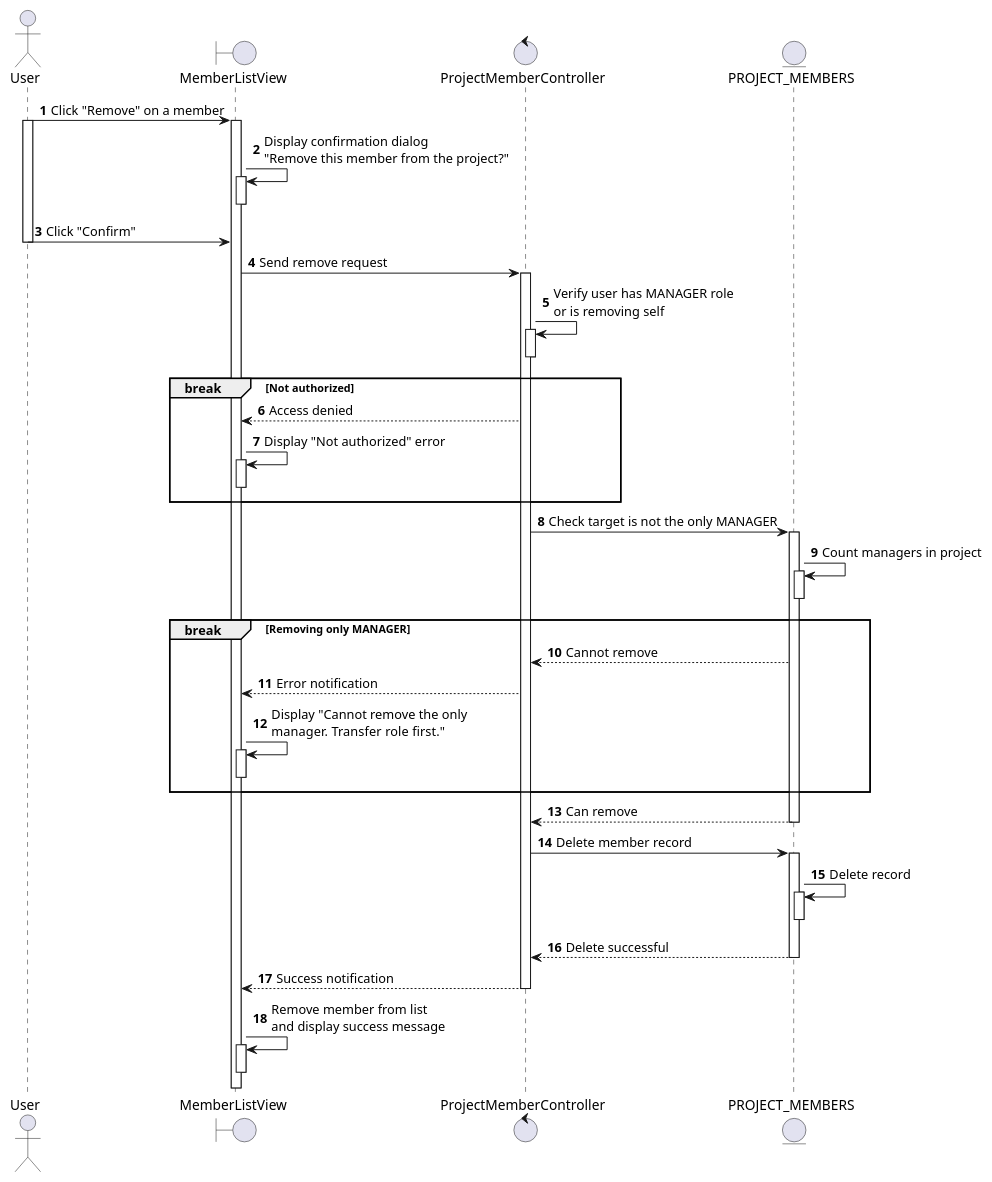
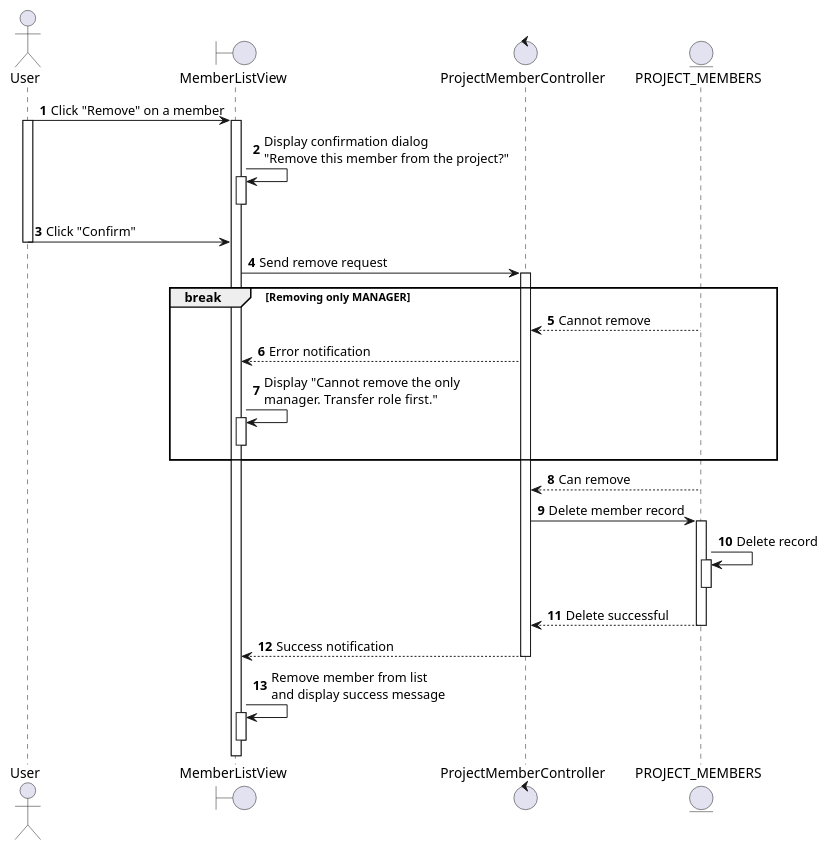
The diagram in docs/docs/sequence/project-members/remove-member-from-project.md (taskpilot-platform/taskpilot-platform.github.io), drawn with PlantUML before and after one commit. The commit also changed 65 other files, not shown here.

Commit message:
docs: Add new sequence diagrams for various platform functionalities including project, task, sprint, user, and AI assistant management.

````diff
--- a/docs/docs/sequence/project-members/remove-member-from-project.md
+++ b/docs/docs/sequence/project-members/remove-member-from-project.md
@@ -3,65 +3,49 @@
 ```plantuml
 @startuml
 autonumber
 
 actor User as U
 boundary MemberListView as MLV
 control ProjectMemberController as PMC
 entity PROJECT_MEMBERS as PM
 
 U -> MLV: Click "Remove" on a member
 activate U
 activate MLV
 MLV -> MLV: Display confirmation dialog\n"Remove this member from the project?"
 activate MLV
 deactivate MLV
 
 U -> MLV: Click "Confirm"
 deactivate U
 
 MLV -> PMC: Send remove request
 activate PMC
-PMC -> PMC: Verify user has MANAGER role\nor is removing self
-activate PMC
-deactivate PMC
-
-break Not authorized
-  MLV <-- PMC: Access denied
-  MLV -> MLV: Display "Not authorized" error
-  activate MLV
-  deactivate MLV
-end
-
-PMC -> PM: Check target is not the only MANAGER
-activate PM
-PM -> PM: Count managers in project
-activate PM
-deactivate PM
 
 break Removing only MANAGER
   PMC <-- PM: Cannot remove
   MLV <-- PMC: Error notification
   MLV -> MLV: Display "Cannot remove the only\nmanager. Transfer role first."
   activate MLV
   deactivate MLV
 end
 
 PMC <-- PM: Can remove
 deactivate PM
 
 PMC -> PM: Delete member record
 activate PM
 PM -> PM: Delete record
 activate PM
 deactivate PM
 PMC <-- PM: Delete successful
 deactivate PM
 
 MLV <-- PMC: Success notification
 deactivate PMC
 MLV -> MLV: Remove member from list\nand display success message
 activate MLV
 deactivate MLV
 
 @enduml
 ```
````
